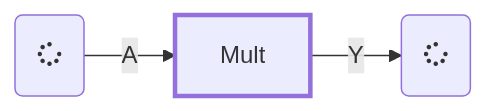
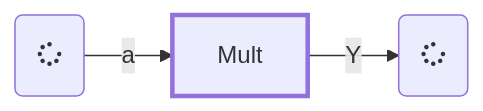
The second of 4 diagrams in docs/livehd/05-lgraph.md (masc-ucsc/docs), drawn with Mermaid before and after one commit. The commit also changed other lines of this file and 21 other files, not shown here.

````diff
--- a/docs/livehd/05-lgraph.md
+++ b/docs/livehd/05-lgraph.md
@@ -435,6 +369,6 @@
 ``` mermaid
 graph LR
     cell  --Y--> c(fa:fa-spinner)
-    a(fa:fa-spinner) --A--> cell[Mult]:::cell
+    a(fa:fa-spinner) --a--> cell[Mult]:::cell
     classDef cell stroke-width:3px
 ```
````
